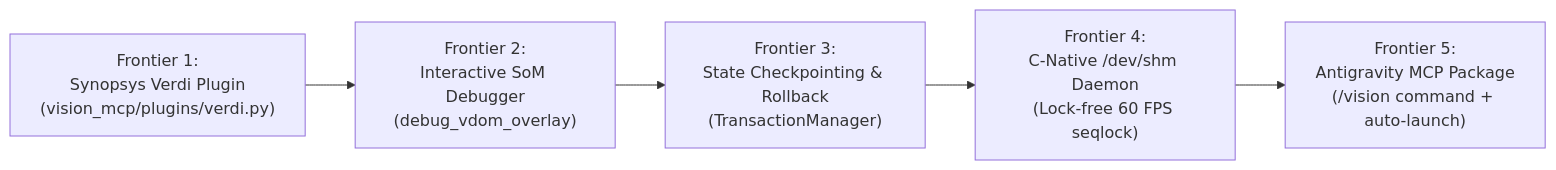
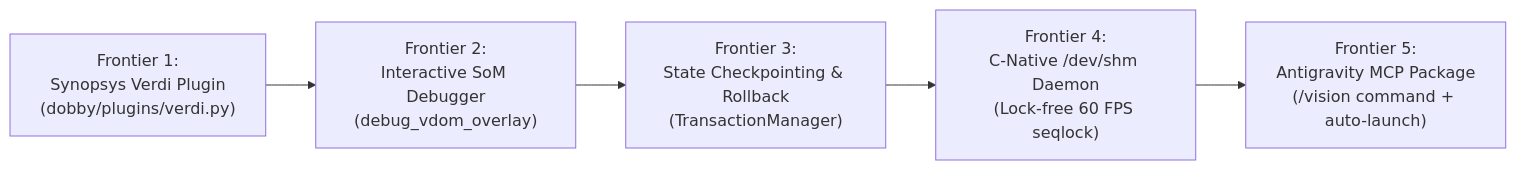
Before and after one commit to mayurkubavat/desktop-control: the third of 3 diagrams in learnings/vision_mcp_2_0_implementation_runbook.md, drawn with Mermaid. The commit also changed other lines of this file and 207 other files, not shown here.

````diff
--- a/learnings/vision_mcp_2_0_implementation_runbook.md
+++ b/learnings/vision_mcp_2_0_implementation_runbook.md
@@ -349,7 +349,7 @@
 ```mermaid
 flowchart LR
-    A["Frontier 1:<br/>Synopsys Verdi Plugin<br/>(vision_mcp/plugins/verdi.py)"] --> B["Frontier 2:<br/>Interactive SoM Debugger<br/>(debug_vdom_overlay)"]
+    A["Frontier 1:<br/>Synopsys Verdi Plugin<br/>(dobby/plugins/verdi.py)"] --> B["Frontier 2:<br/>Interactive SoM Debugger<br/>(debug_vdom_overlay)"]
     B --> C["Frontier 3:<br/>State Checkpointing & Rollback<br/>(TransactionManager)"]
     C --> D["Frontier 4:<br/>C-Native /dev/shm Daemon<br/>(Lock-free 60 FPS seqlock)"]
     D --> E["Frontier 5:<br/>Antigravity MCP Package<br/>(/vision command + auto-launch)"]
 ```
````
